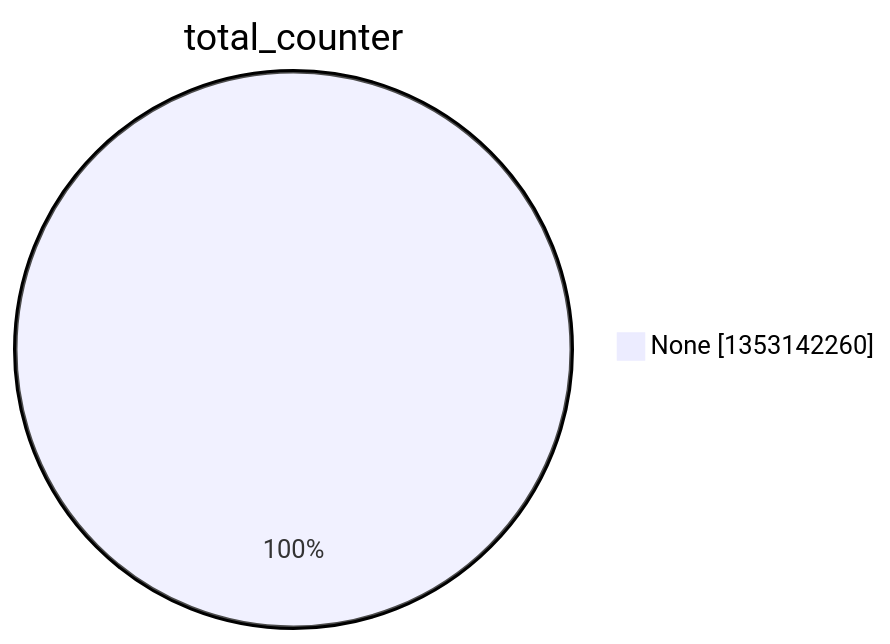
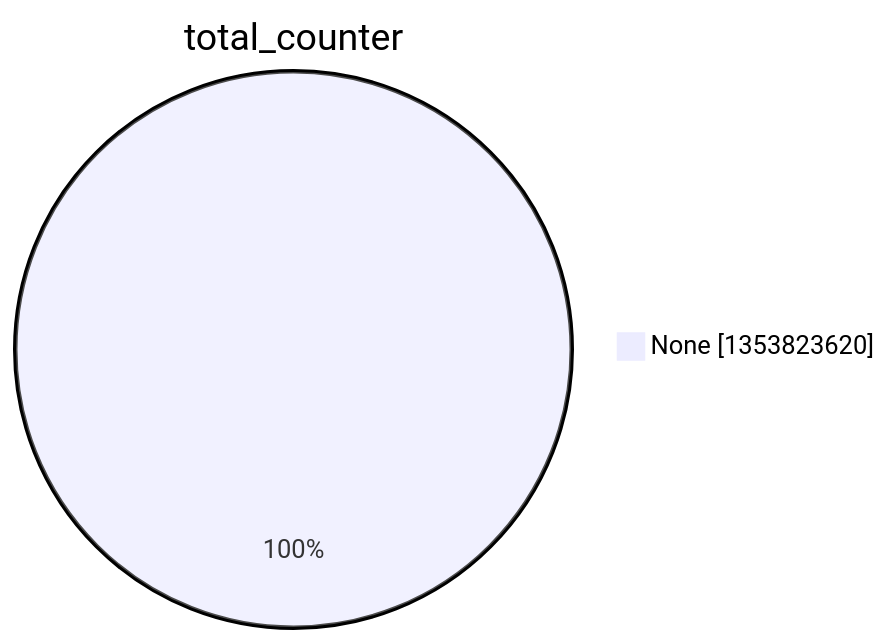
One commit to christiankrug/ctmonitor_visualization changed the second of 15 diagrams in argon2022/README.md. Above: the diagram before and after it, drawn with Mermaid. The commit also changed other lines of this file, not shown here.

````diff
--- a/argon2022/README.md
+++ b/argon2022/README.md
@@ -9,5 +9,5 @@
 ```mermaid
 pie showData
 title total_counter
-"None" :1353142260
+"None" :1353823620
 ```
````
